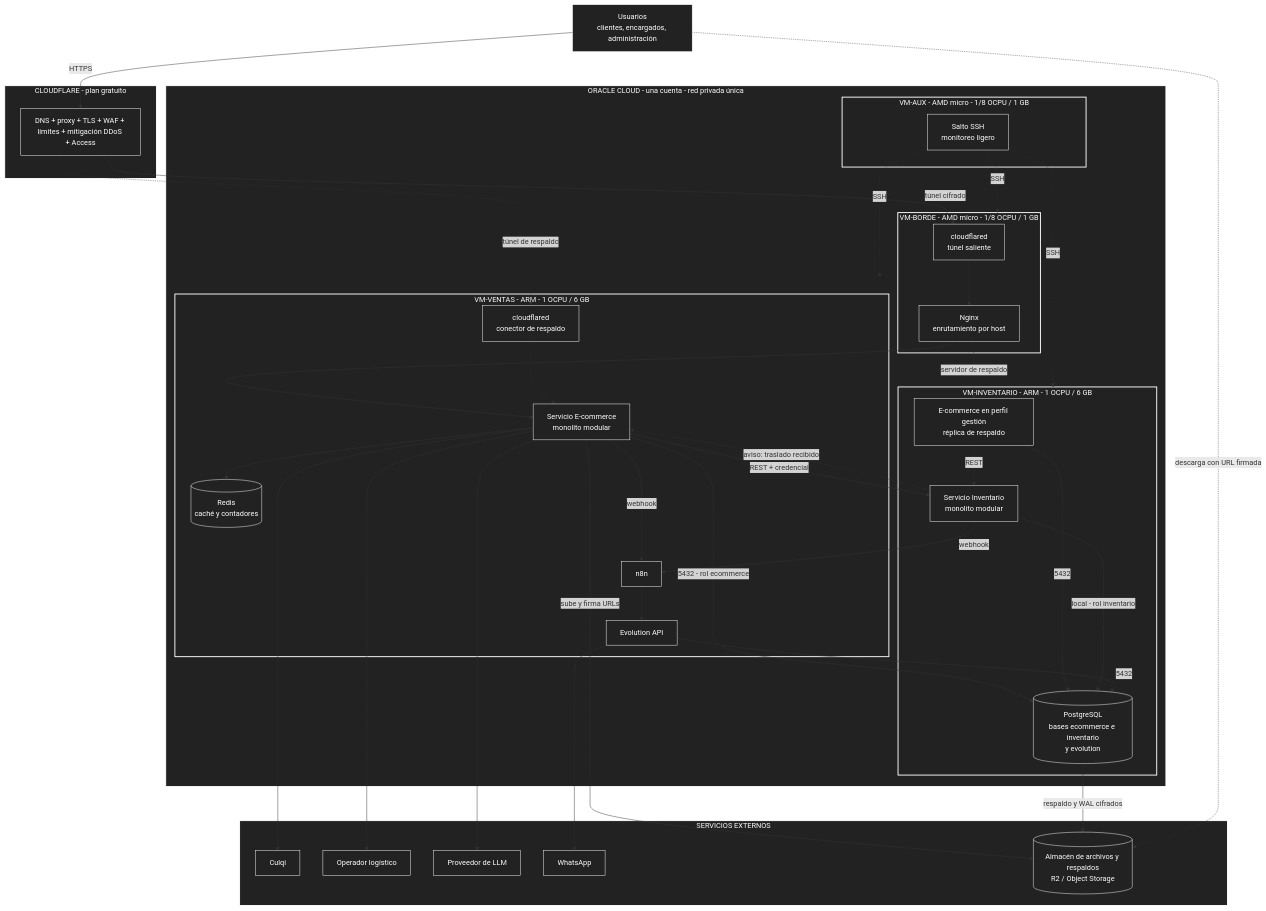
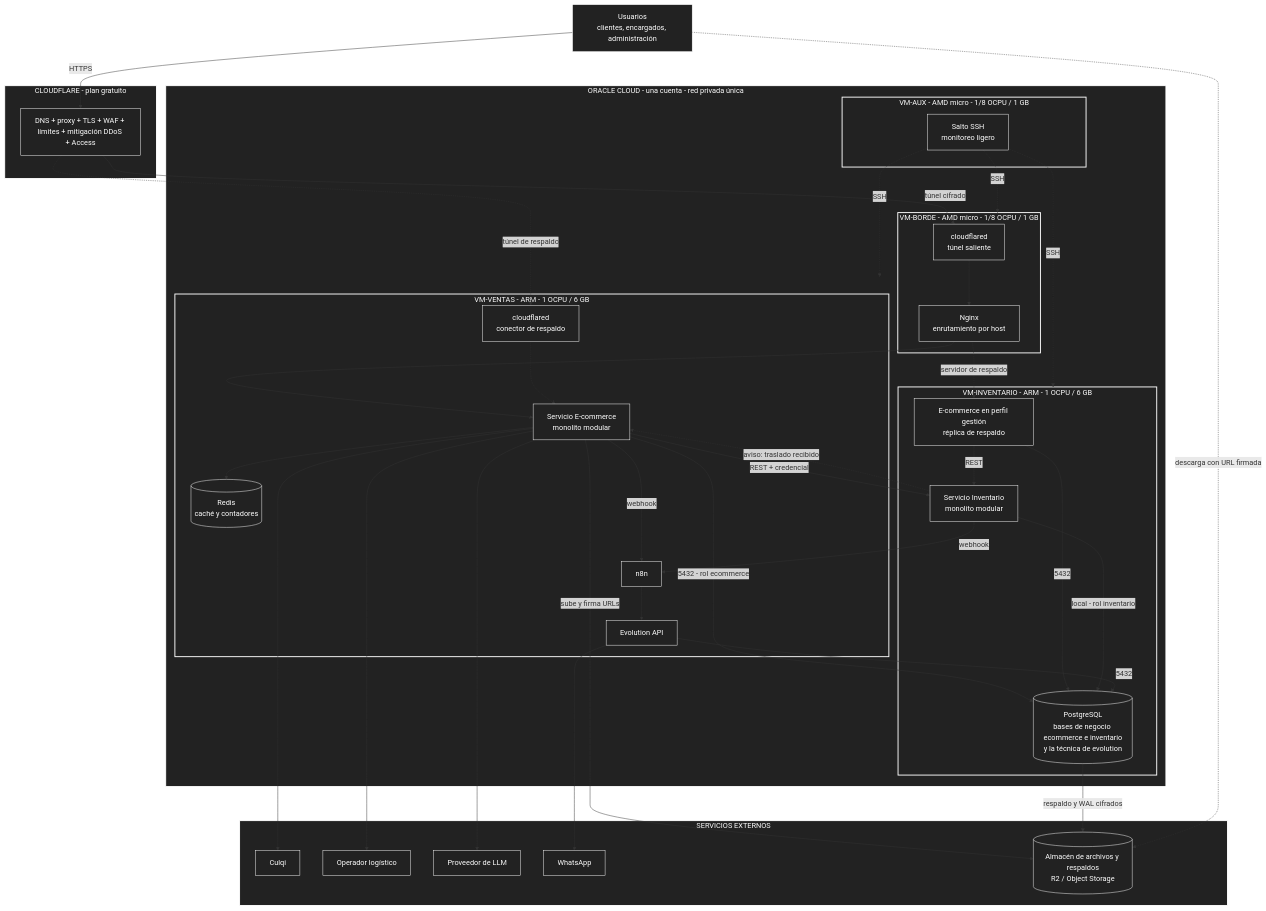
The diagram in docs/02-arquitectura-de-software/05-despliegue.md (P35C4D0R4B1050/BabelHub), drawn with Mermaid before and after one commit. The commit also changed other lines of this file and 30 other files, not shown here.

```diff
--- a/docs/02-arquitectura-de-software/05-despliegue.md
+++ b/docs/02-arquitectura-de-software/05-despliegue.md
@@ -58,7 +58,7 @@
 subgraph INVM["VM-INVENTARIO - ARM - 1 OCPU / 6 GB"]
 INV["Servicio Inventario<br/>monolito modular"]
 GES["E-commerce en perfil gestión<br/>réplica de respaldo"]
-PG[("PostgreSQL<br/>bases ecommerce e inventario<br/>y evolution")]
+PG[("PostgreSQL<br/>bases de negocio ecommerce e inventario<br/>y la técnica de evolution")]
 end
 subgraph AUX["VM-AUX - AMD micro - 1/8 OCPU / 1 GB"]
 BAS["Salto SSH<br/>monitoreo ligero"]
```
